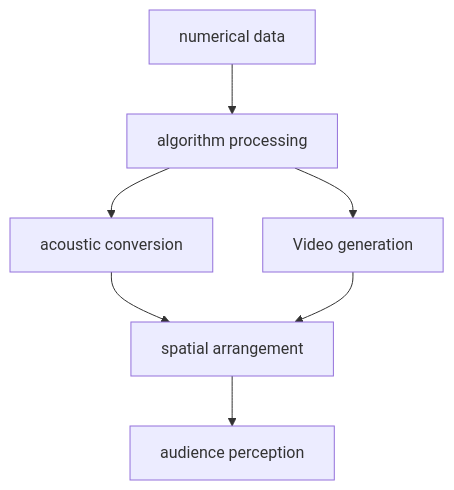
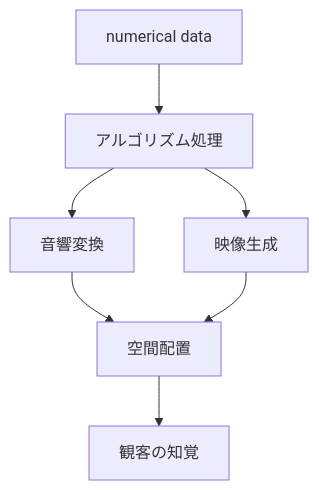
One commit to monumental-movement/monumental-movement.github.io changed the first of 8 diagrams in en/_posts/2026-04-18-column-ryoji-ikeda.md. Above: the diagram before and after it, drawn with Mermaid. The commit also changed other lines of this file and 2196 other files, not shown here.

```diff
--- a/en/_posts/2026-04-18-column-ryoji-ikeda.md
+++ b/en/_posts/2026-04-18-column-ryoji-ikeda.md
@@ -71,9 +71,9 @@
 <div class="mermaid">
 graph TD
-A[numerical data] --> B[algorithm processing]
-B --> C[acoustic conversion]
-B --> D[Video generation]
-C --> E[spatial arrangement]
+A[numerical data] --> B[アルゴリズム処理]
+B --> C[音響変換]
+B --> D[映像生成]
+C --> E[空間配置]
 D --> E
-E --> F[audience perception]
+E --> F[観客の知覚]
 </div>
```
